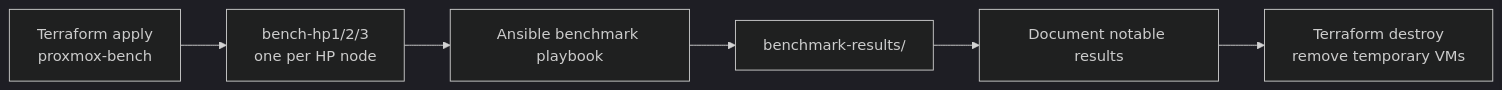
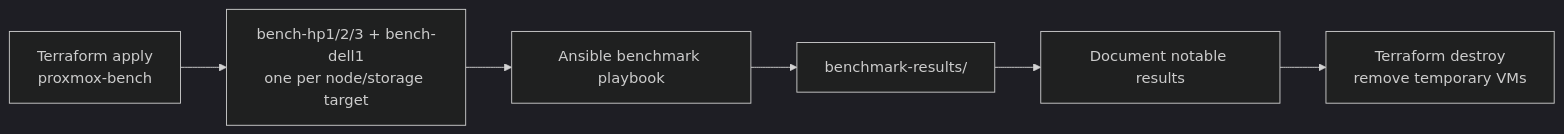
Before and after one commit to larsj96/az-static-web-app-docs: the diagram in docs/proxmox-benchmarking.md, drawn with Mermaid (dark theme). The commit also changed other lines of this file, not shown here.

````diff
--- a/docs/proxmox-benchmarking.md
+++ b/docs/proxmox-benchmarking.md
@@ -43,8 +51,8 @@
 ```mermaid
 flowchart LR
-  tf["Terraform apply\nproxmox-bench"] --> vms["bench-hp1/2/3\none per HP node"]
+  tf["Terraform apply\nproxmox-bench"] --> vms["bench-hp1/2/3 + bench-dell1\none per node/storage target"]
   vms --> ansible["Ansible benchmark playbook"]
   ansible --> results["benchmark-results/<run_id>"]
   results --> docs["Document notable results"]
   docs --> cleanup["Terraform destroy\nremove temporary VMs"]
 ```
````
